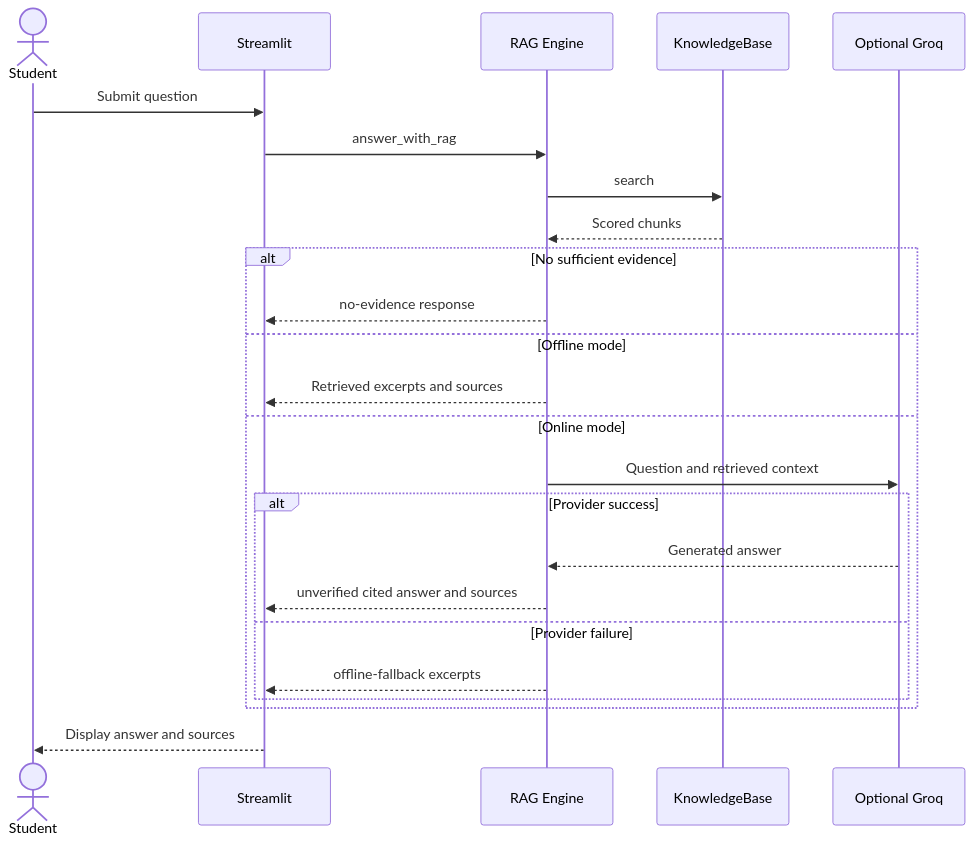
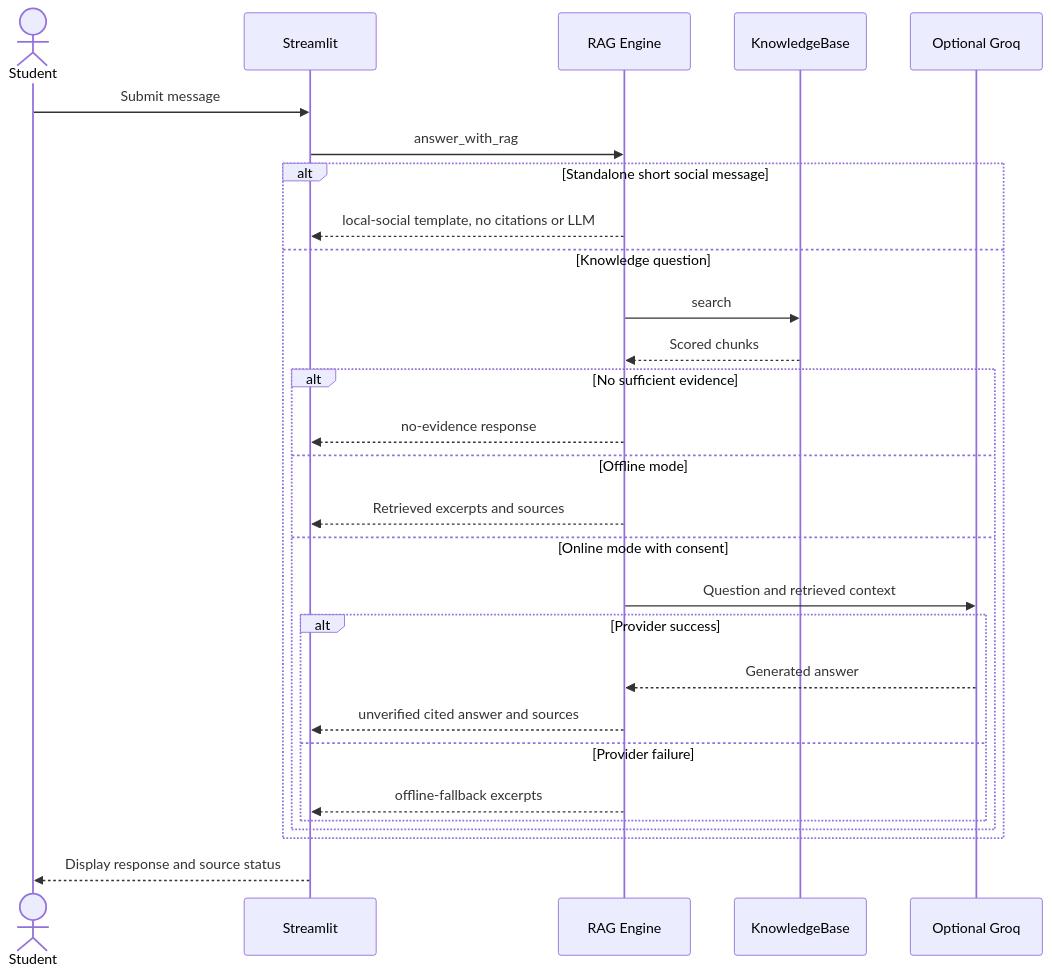
Before and after one commit to levanmanh268/cmc-ai-mentor-network: the fourth of 5 diagrams in docs/architecture.md, drawn with Mermaid. The commit also changed other lines of this file, not shown here.

Commit message:
docs(architecture): model standalone social branch without misrepresenting RAG or LLM
Refs #60

````diff
--- a/docs/architecture.md
+++ b/docs/architecture.md
@@ -135,26 +140,30 @@
 ```mermaid
 sequenceDiagram
     actor Student as Student
     participant UI as Streamlit
     participant RAG as RAG Engine
     participant KB as KnowledgeBase
     participant LLM as Optional Groq
-    Student->>UI: Submit question
+    Student->>UI: Submit message
     UI->>RAG: answer_with_rag
-    RAG->>KB: search
-    KB-->>RAG: Scored chunks
-    alt No sufficient evidence
-        RAG-->>UI: no-evidence response
-    else Offline mode
-        RAG-->>UI: Retrieved excerpts and sources
-    else Online mode
-        RAG->>LLM: Question and retrieved context
-        alt Provider success
-            LLM-->>RAG: Generated answer
-            RAG-->>UI: unverified cited answer and sources
-        else Provider failure
-            RAG-->>UI: offline-fallback excerpts
+    alt Standalone short social message
+        RAG-->>UI: local-social template, no citations or LLM
+    else Knowledge question
+        RAG->>KB: search
+        KB-->>RAG: Scored chunks
+        alt No sufficient evidence
+            RAG-->>UI: no-evidence response
+        else Offline mode
+            RAG-->>UI: Retrieved excerpts and sources
+        else Online mode with consent
+            RAG->>LLM: Question and retrieved context
+            alt Provider success
+                LLM-->>RAG: Generated answer
+                RAG-->>UI: unverified cited answer and sources
+            else Provider failure
+                RAG-->>UI: offline-fallback excerpts
+            end
         end
     end
-    UI-->>Student: Display answer and sources
+    UI-->>Student: Display response and source status
 ```
````
